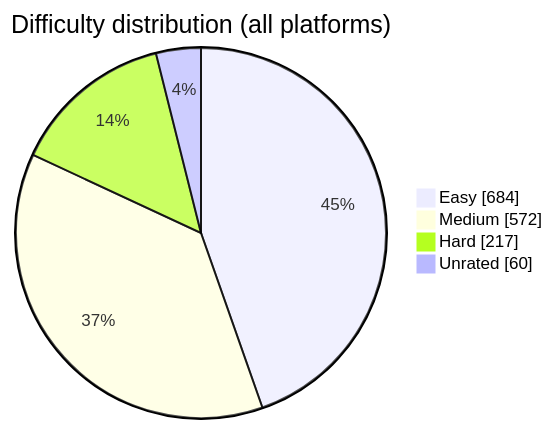
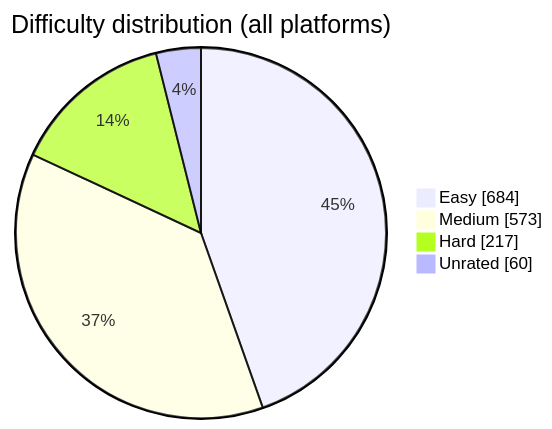
Before and after one commit to BuildbyArindam/Daily-Coding-Log: the diagram in README.md, drawn with Mermaid. The commit also changed other lines of this file, not shown here.

````diff
--- a/README.md
+++ b/README.md
@@ -93,7 +93,7 @@
 ```mermaid
 pie showData title Difficulty distribution (all platforms)
     "Easy" : 684
-    "Medium" : 572
+    "Medium" : 573
     "Hard" : 217
     "Unrated" : 60
 ```
````
